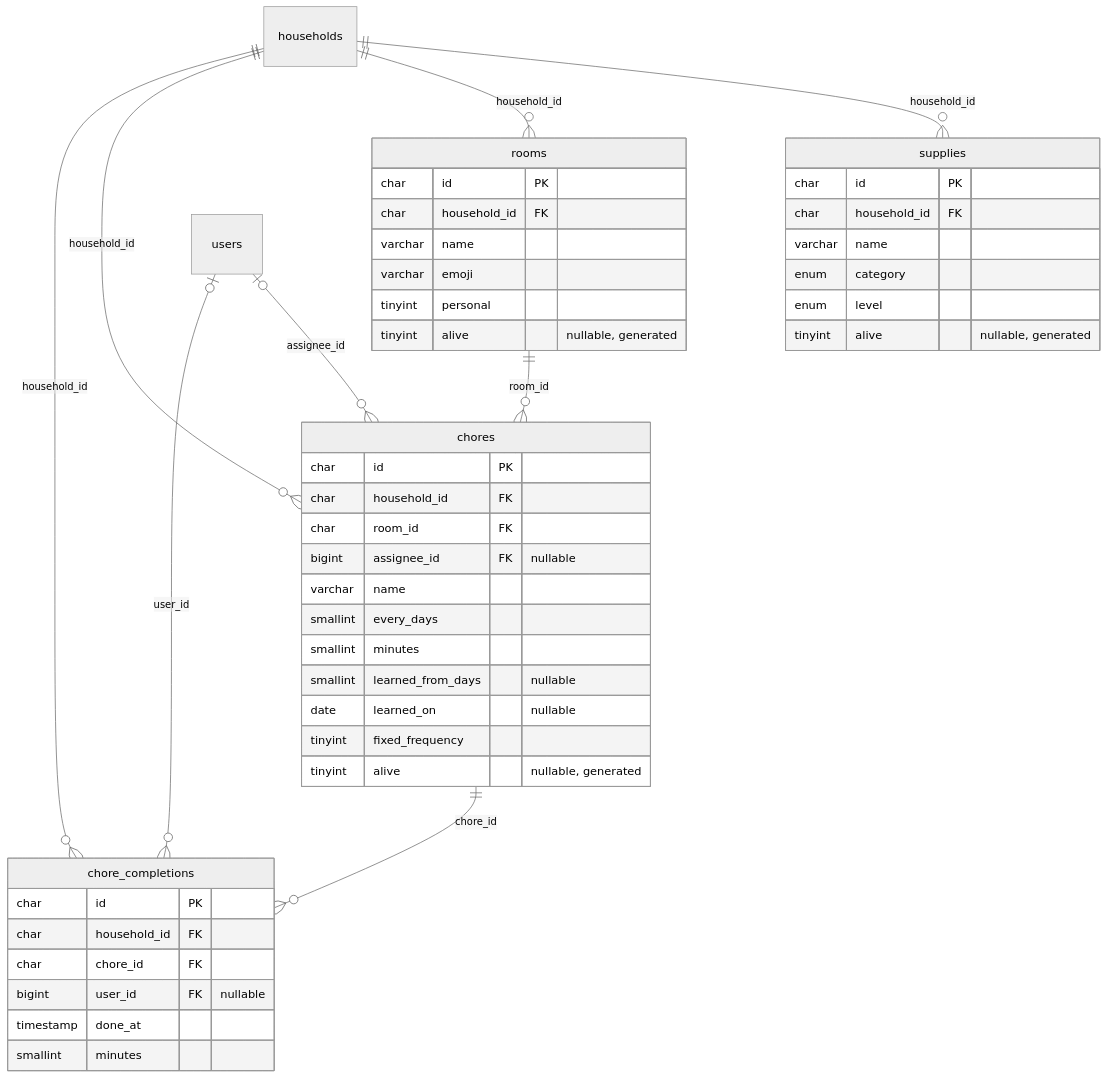
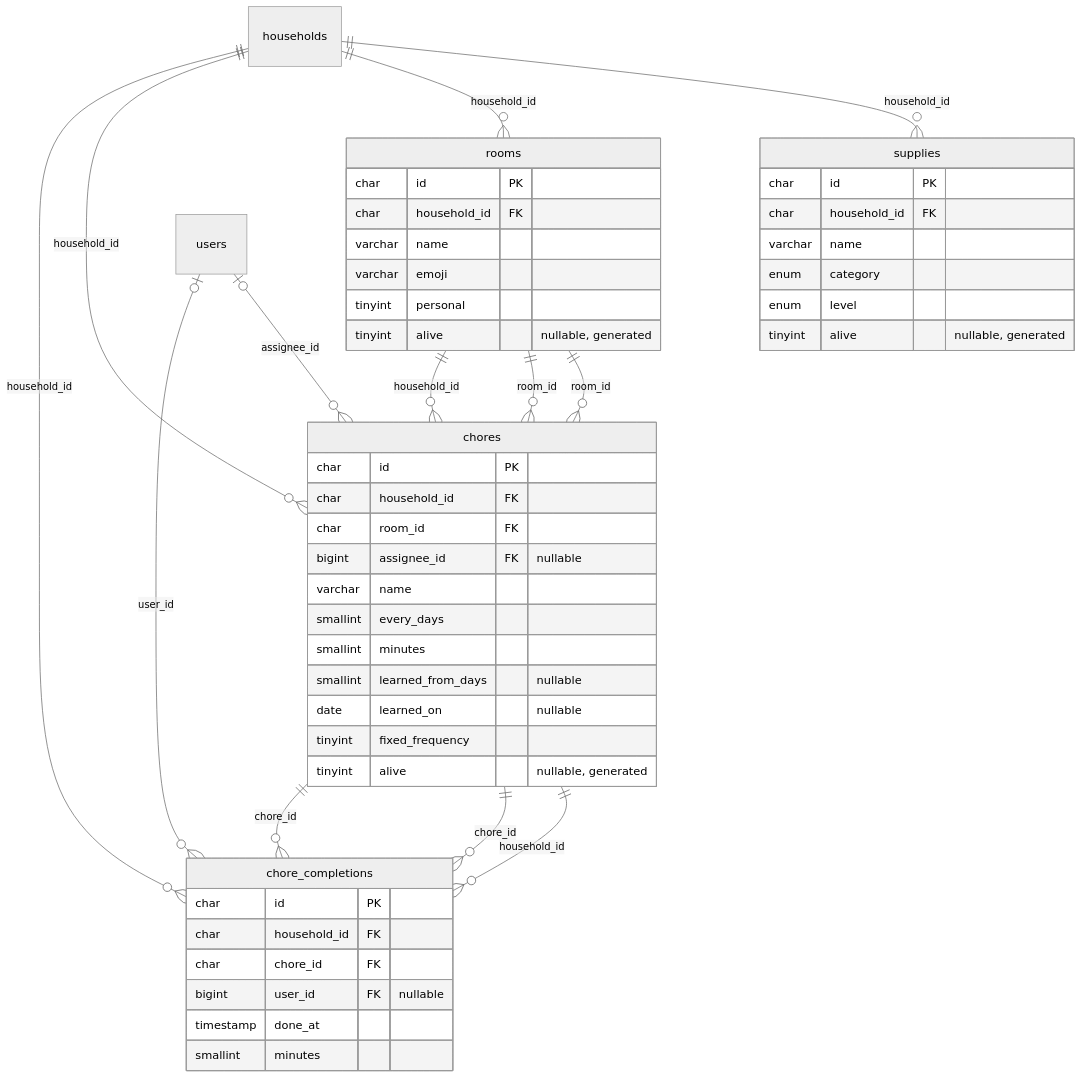
Before and after one commit to kgiannopoulou/home-helper-api: the fifth of 8 diagrams in docs/database.md, drawn with Mermaid (neutral theme). The commit also changed other lines of this file and 7 other files, not shown here.

````diff
--- a/docs/database.md
+++ b/docs/database.md
@@ -227,48 +234,52 @@
 ```mermaid
 erDiagram
     rooms {
         char id PK
         char household_id FK
         varchar name
         varchar emoji
         tinyint personal
         tinyint alive "nullable, generated"
     }
     chores {
         char id PK
         char household_id FK
         char room_id FK
         bigint assignee_id FK "nullable"
         varchar name
         smallint every_days
         smallint minutes
         smallint learned_from_days "nullable"
         date learned_on "nullable"
         tinyint fixed_frequency
         tinyint alive "nullable, generated"
     }
     chore_completions {
         char id PK
         char household_id FK
         char chore_id FK
         bigint user_id FK "nullable"
         timestamp done_at
         smallint minutes
     }
     supplies {
         char id PK
         char household_id FK
         varchar name
         enum category
         enum level
         tinyint alive "nullable, generated"
     }
     chores ||--o{ chore_completions : "chore_id"
+    chores ||--o{ chore_completions : "chore_id"
     households ||--o{ chore_completions : "household_id"
+    chores ||--o{ chore_completions : "household_id"
     users |o--o{ chore_completions : "user_id"
     users |o--o{ chores : "assignee_id"
     households ||--o{ chores : "household_id"
+    rooms ||--o{ chores : "household_id"
+    rooms ||--o{ chores : "room_id"
     rooms ||--o{ chores : "room_id"
     households ||--o{ rooms : "household_id"
     households ||--o{ supplies : "household_id"
 ```
````
